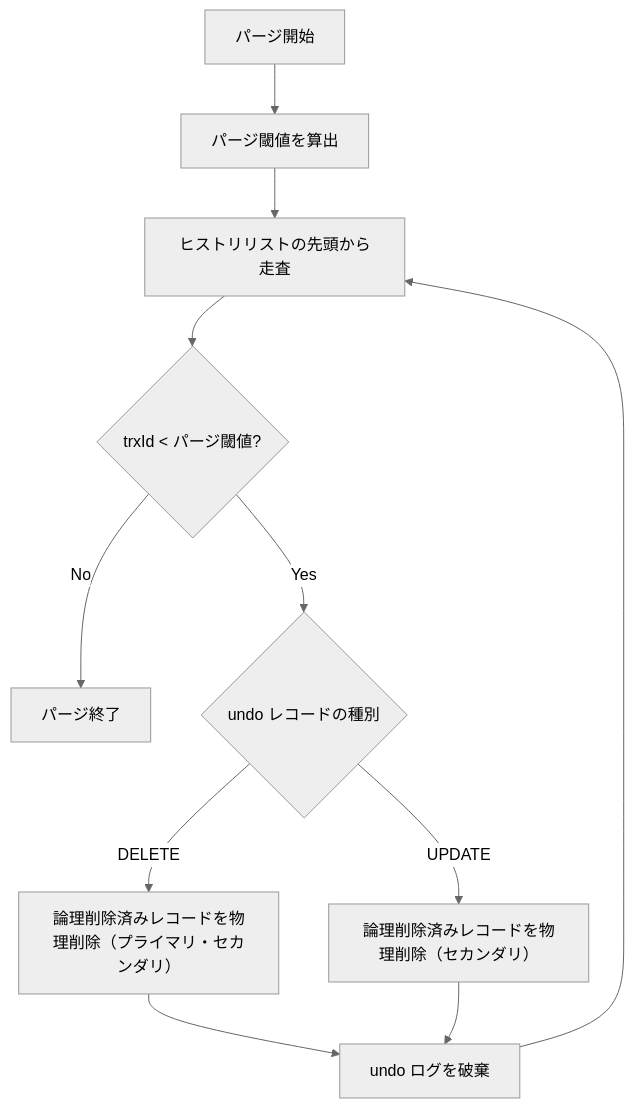
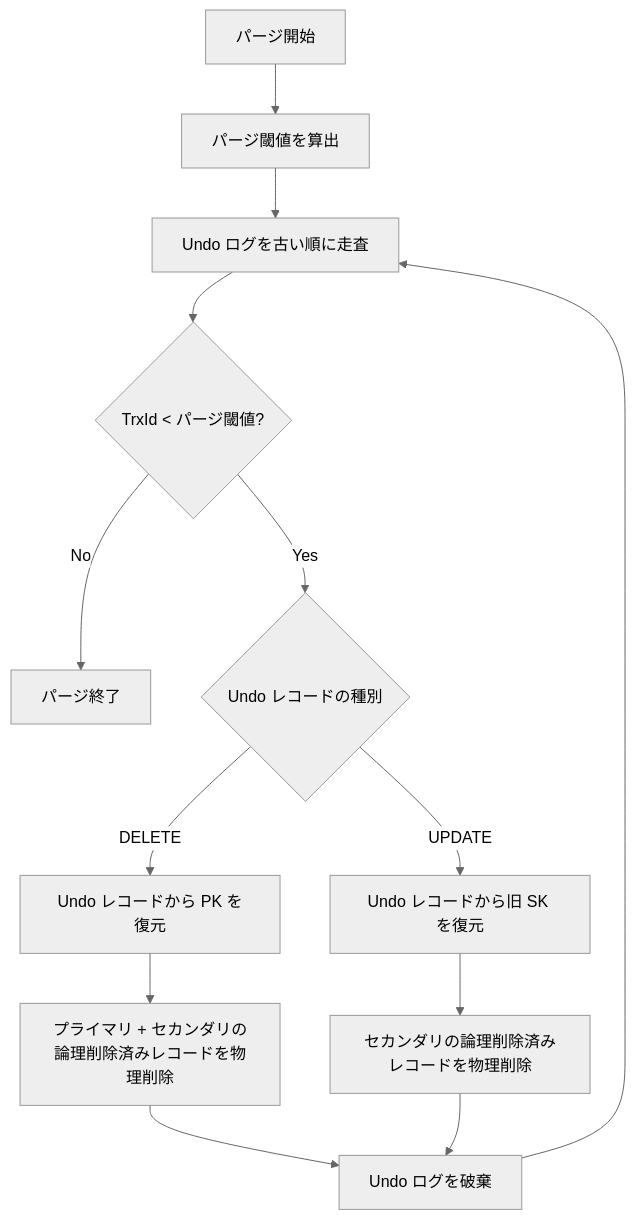
The diagram in docs/architecture/storage/access/purge.md (ren-yamanashi/minesql), drawn with Mermaid (neutral theme) before and after one commit. The commit also changed other lines of this file and 2 other files, not shown here.

````diff
--- a/docs/architecture/storage/access/purge.md
+++ b/docs/architecture/storage/access/purge.md
@@ -52,13 +58,15 @@
 ```mermaid
 flowchart TD
     A[パージ開始] --> B[パージ閾値を算出]
-    B --> C[ヒストリリストの先頭から走査]
-    C --> D{trxId < パージ閾値?}
+    B --> C[Undo ログを古い順に走査]
+    C --> D{TrxId < パージ閾値?}
     D -- No --> H[パージ終了]
-    D -- Yes --> E{undo レコードの種別}
-    E -- DELETE --> F[論理削除済みレコードを物理削除（プライマリ・セカンダリ）]
-    E -- UPDATE --> G[論理削除済みレコードを物理削除（セカンダリ）]
-    F --> I[undo ログを破棄]
-    G --> I
+    D -- Yes --> E{Undo レコードの種別}
+    E -- DELETE --> F1[Undo レコードから PK を復元]
+    F1 --> F2[プライマリ + セカンダリの論理削除済みレコードを物理削除]
+    E -- UPDATE --> G1[Undo レコードから旧 SK を復元]
+    G1 --> G2[セカンダリの論理削除済みレコードを物理削除]
+    F2 --> I[Undo ログを破棄]
+    G2 --> I
     I --> C
 ```
````
